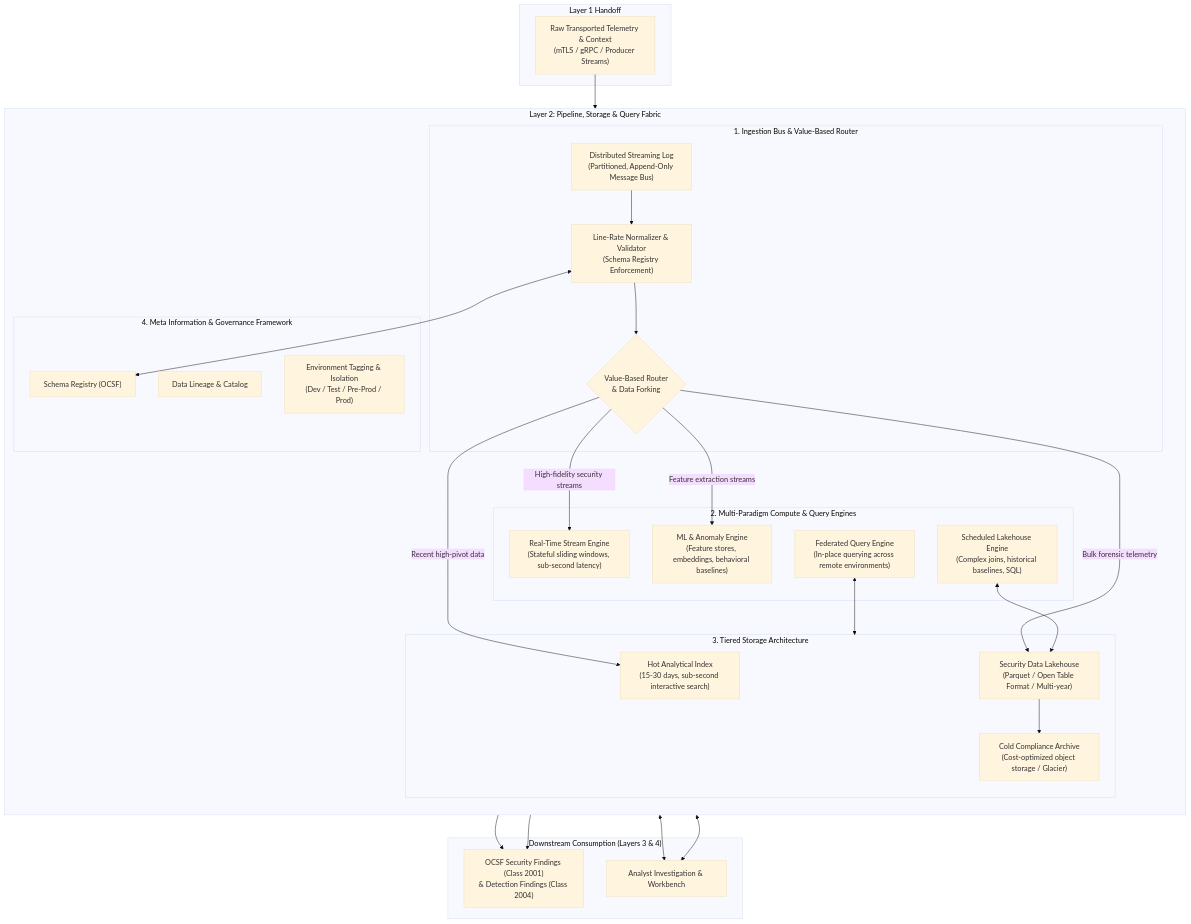
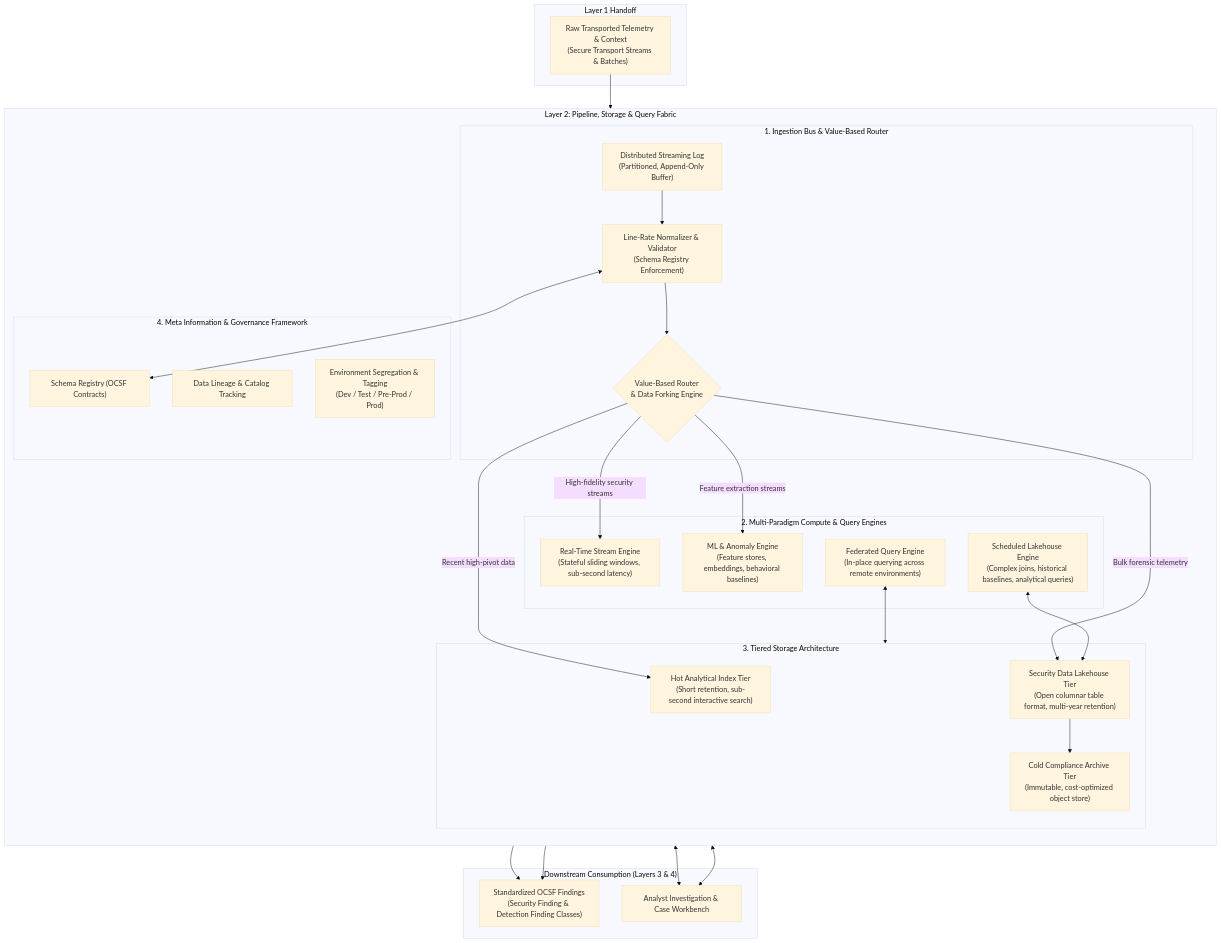
Before and after one commit to Haribu/TIDIR: the first of 2 diagrams in docs/architecture/04-layer-2-pipeline-storage-query.md, drawn with Mermaid (base theme). The commit also changed other lines of this file, not shown here.

````diff
--- a/docs/architecture/04-layer-2-pipeline-storage-query.md
+++ b/docs/architecture/04-layer-2-pipeline-storage-query.md
@@ -9,59 +9,59 @@
 ```mermaid
 flowchart TB
   subgraph L1_Ingress ["Layer 1 Handoff"]
-    RAW_IN["Raw Transported Telemetry & Context\n(mTLS / gRPC / Producer Streams)"]
+    RAW_IN["Raw Transported Telemetry & Context\n(Secure Transport Streams & Batches)"]
   end
 
   subgraph L2 ["Layer 2: Pipeline, Storage & Query Fabric"]
     direction TB
     
     subgraph IngestionRouter ["1. Ingestion Bus & Value-Based Router"]
-      BUS["Distributed Streaming Log\n(Partitioned, Append-Only Message Bus)"]
+      BUS["Distributed Streaming Log\n(Partitioned, Append-Only Buffer)"]
       PARSER["Line-Rate Normalizer & Validator\n(Schema Registry Enforcement)"]
-      ROUTER{"Value-Based Router\n& Data Forking"}
+      ROUTER{"Value-Based Router\n& Data Forking Engine"}
     end
 
     subgraph ComputeTiers ["2. Multi-Paradigm Compute & Query Engines"]
       STREAM_COMP["Real-Time Stream Engine\n(Stateful sliding windows, sub-second latency)"]
-      BATCH_COMP["Scheduled Lakehouse Engine\n(Complex joins, historical baselines, SQL)"]
+      BATCH_COMP["Scheduled Lakehouse Engine\n(Complex joins, historical baselines, analytical queries)"]
       FED_COMP["Federated Query Engine\n(In-place querying across remote environments)"]
       ML_COMP["ML & Anomaly Engine\n(Feature stores, embeddings, behavioral baselines)"]
     end
 
     subgraph StorageTiers ["3. Tiered Storage Architecture"]
-      HOT_STORE["Hot Analytical Index\n(15-30 days, sub-second interactive search)"]
-      LAKE_STORE["Security Data Lakehouse\n(Parquet / Open Table Format / Multi-year)"]
-      COLD_STORE["Cold Compliance Archive\n(Cost-optimized object storage / Glacier)"]
+      HOT_STORE["Hot Analytical Index Tier\n(Short retention, sub-second interactive search)"]
+      LAKE_STORE["Security Data Lakehouse Tier\n(Open columnar table format, multi-year retention)"]
+      COLD_STORE["Cold Compliance Archive Tier\n(Immutable, cost-optimized object store)"]
     end
 
     subgraph MetaFramework ["4. Meta Information & Governance Framework"]
-      SCHEMA_REG["Schema Registry (OCSF)"]
-      LINEAGE["Data Lineage & Catalog"]
-      ENV_TAG["Environment Tagging & Isolation\n(Dev / Test / Pre-Prod / Prod)"]
+      SCHEMA_REG["Schema Registry (OCSF Contracts)"]
+      LINEAGE["Data Lineage & Catalog Tracking"]
+      ENV_MGR["Environment Segregation & Tagging\n(Dev / Test / Pre-Prod / Prod)"]
     end
   end
 
   subgraph DownstreamTiers ["Downstream Consumption (Layers 3 & 4)"]
-    FINDINGS["OCSF Security Findings (Class 2001)\n& Detection Findings (Class 2004)"]
-    ANALYST["Analyst Investigation & Workbench"]
+    FINDINGS["Standardized OCSF Findings\n(Security Finding & Detection Finding Classes)"]
+    ANALYST["Analyst Investigation & Case Workbench"]
   end
 
   RAW_IN --> BUS
   BUS --> PARSER
   PARSER <--> SCHEMA_REG
   PARSER --> ROUTER
 
   ROUTER -->|High-fidelity security streams| STREAM_COMP
   ROUTER -->|Recent high-pivot data| HOT_STORE
   ROUTER -->|Bulk forensic telemetry| LAKE_STORE
   ROUTER -->|Feature extraction streams| ML_COMP
 
   STREAM_COMP --> FINDINGS
   BATCH_COMP <--> LAKE_STORE
   BATCH_COMP --> FINDINGS
   FED_COMP <--> StorageTiers
   FED_COMP <--> ANALYST
 
   LAKE_STORE --> COLD_STORE
   HOT_STORE <--> ANALYST
 ```
````
